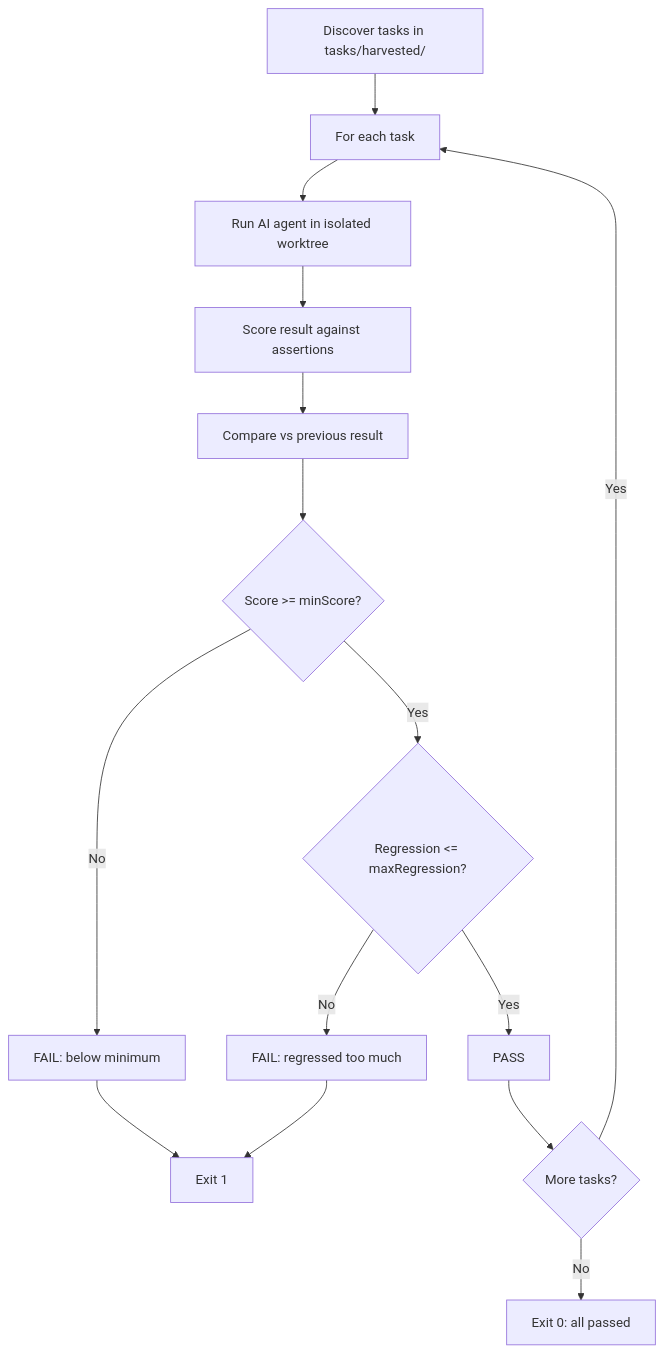
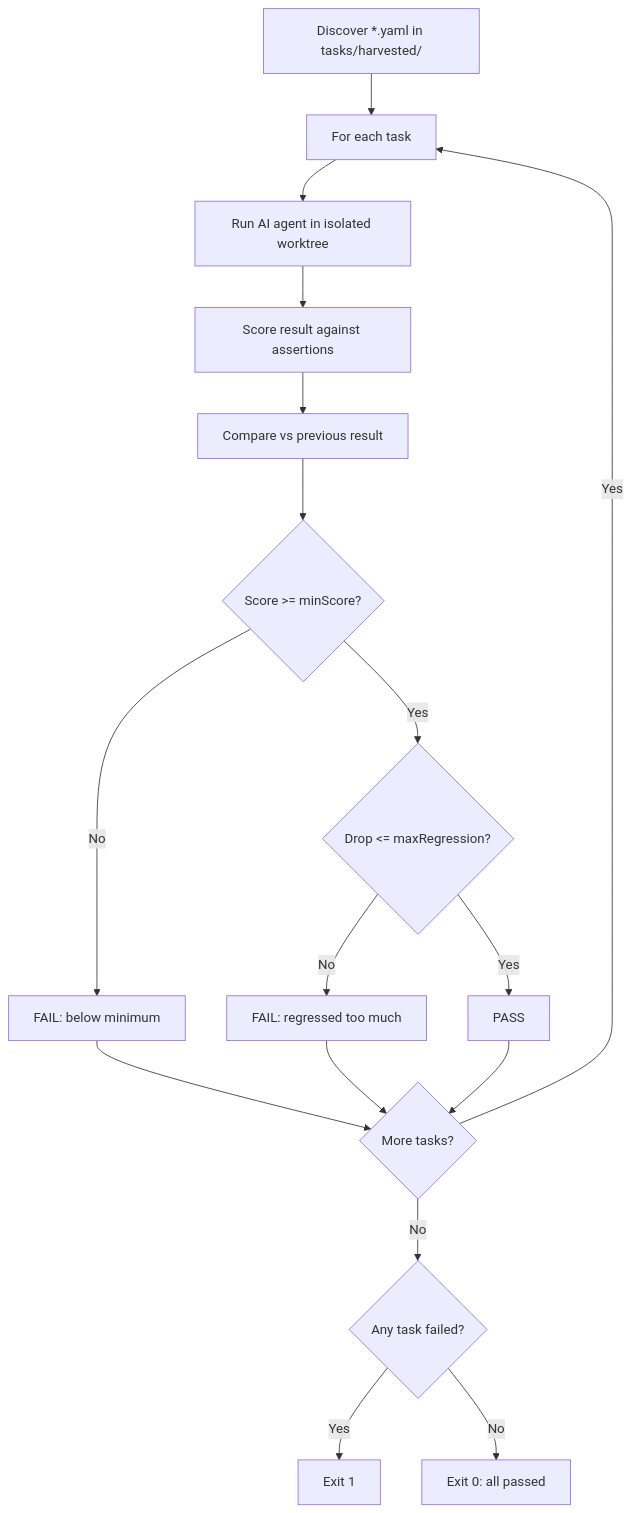
Before and after one commit to lukasmetzler/agenteval: the diagram in docs/ci.md, drawn with Mermaid. The commit also changed other lines of this file and 168 other files, not shown here.

````diff
--- a/docs/ci.md
+++ b/docs/ci.md
@@ -64,17 +87,19 @@
 ```mermaid
 flowchart TD
-    A["Discover tasks in tasks/harvested/"] --> B["For each task"]
+    A["Discover *.yaml in tasks/harvested/"] --> B["For each task"]
     B --> C["Run AI agent in isolated worktree"]
     C --> D["Score result against assertions"]
     D --> E["Compare vs previous result"]
     E --> F{"Score >= minScore?"}
     F -->|No| G["FAIL: below minimum"]
-    F -->|Yes| H{"Regression <= maxRegression?"}
+    F -->|Yes| H{"Drop <= maxRegression?"}
     H -->|No| I["FAIL: regressed too much"]
     H -->|Yes| J["PASS"]
-    G --> K["Exit 1"]
-    I --> K
-    J --> L{"More tasks?"}
+    G --> L{"More tasks?"}
+    I --> L
+    J --> L
     L -->|Yes| B
-    L -->|No| M["Exit 0: all passed"]
+    L -->|No| N{"Any task failed?"}
+    N -->|Yes| K["Exit 1"]
+    N -->|No| M["Exit 0: all passed"]
 ```
````
